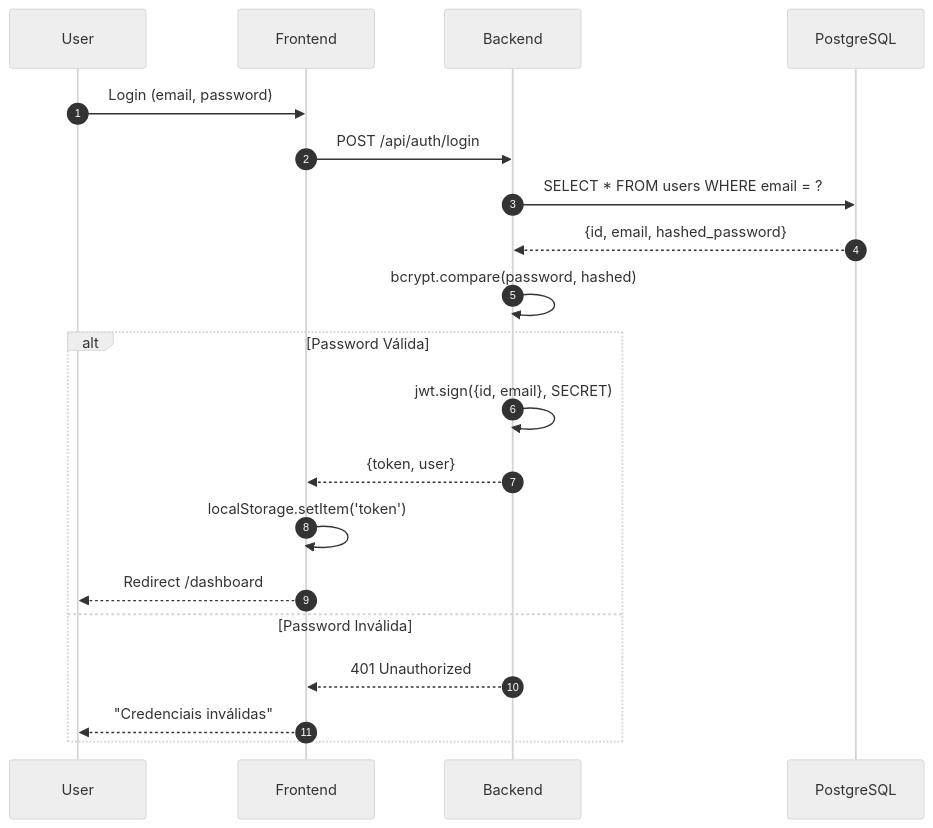
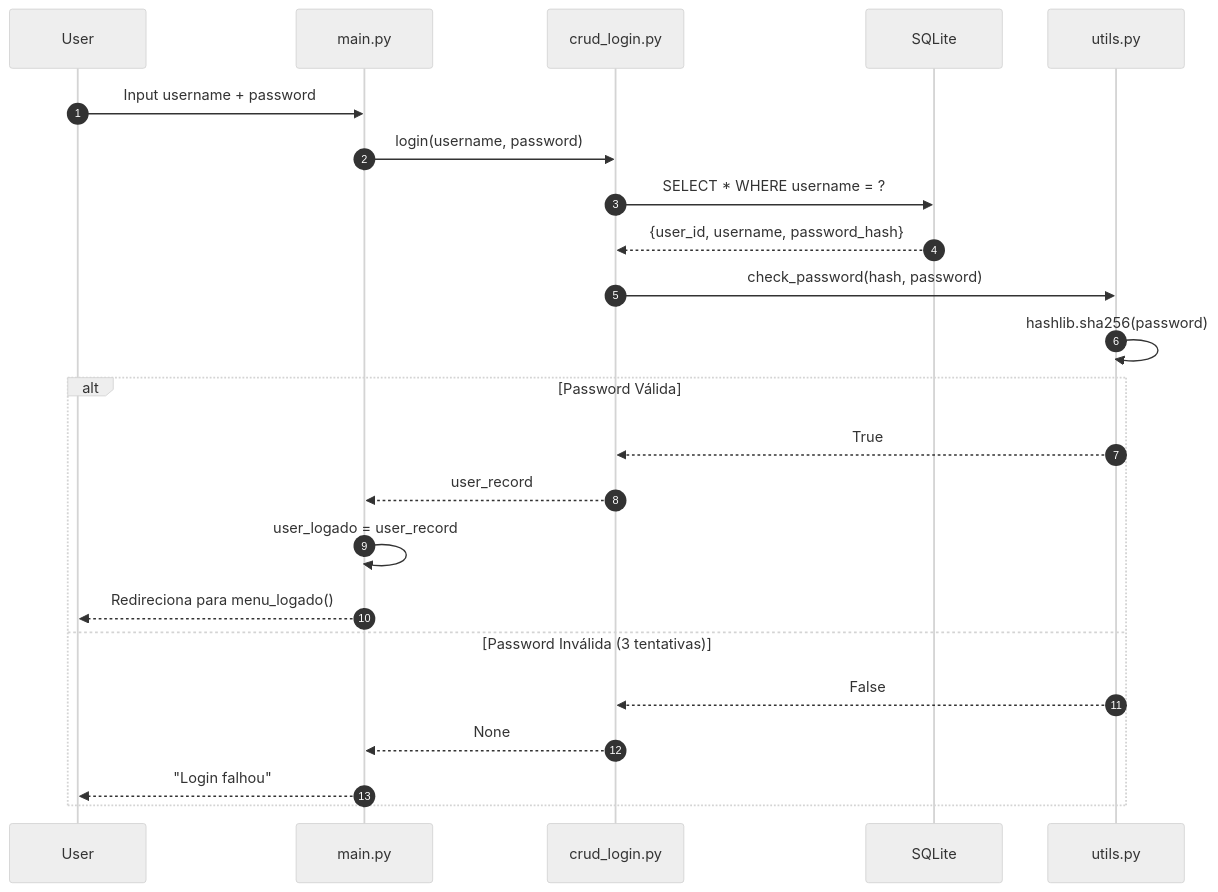
The third of 4 diagrams in blog/2025-12-12-tech-stack.md (DevPool1/TP-ADC-SITE), drawn with Mermaid (neutral theme) before and after one commit. The commit also changed other lines of this file, not shown here.

Commit message:
docs(blog): Replace JWT+bcrypt authentication with hashlib implementation. Refs #54

````diff
--- a/blog/2025-12-12-tech-stack.md
+++ b/blog/2025-12-12-tech-stack.md
@@ -270,24 +270,27 @@
 ```mermaid
 sequenceDiagram
     autonumber
     participant U as User
-    participant F as Frontend
-    participant B as Backend
-    participant DB as PostgreSQL
+    participant M as main.py
+    participant C as crud_login.py
+    participant DB as SQLite
+    participant H as utils.py
     
-    U->>F: Login (email, password)
-    F->>B: POST /api/auth/login
-    B->>DB: SELECT * FROM users WHERE email = ?
-    DB-->>B: {id, email, hashed_password}
-    B->>B: bcrypt.compare(password, hashed)
+    U->>M: Input username + password
+    M->>C: login(username, password)
+    C->>DB: SELECT * WHERE username = ?
+    DB-->>C: {user_id, username, password_hash}
+    C->>H: check_password(hash, password)
+    H->>H: hashlib.sha256(password)
     
     alt Password Válida
-        B->>B: jwt.sign({id, email}, SECRET)
-        B-->>F: {token, user}
-        F->>F: localStorage.setItem('token')
-        F-->>U: Redirect /dashboard
-    else Password Inválida
-        B-->>F: 401 Unauthorized
-        F-->>U: "Credenciais inválidas"
+        H-->>C: True
+        C-->>M: user_record
+        M->>M: user_logado = user_record
+        M-->>U: Redireciona para menu_logado()
+    else Password Inválida (3 tentativas)
+        H-->>C: False
+        C-->>M: None
+        M-->>U: "Login falhou"
     end
 ```
````
